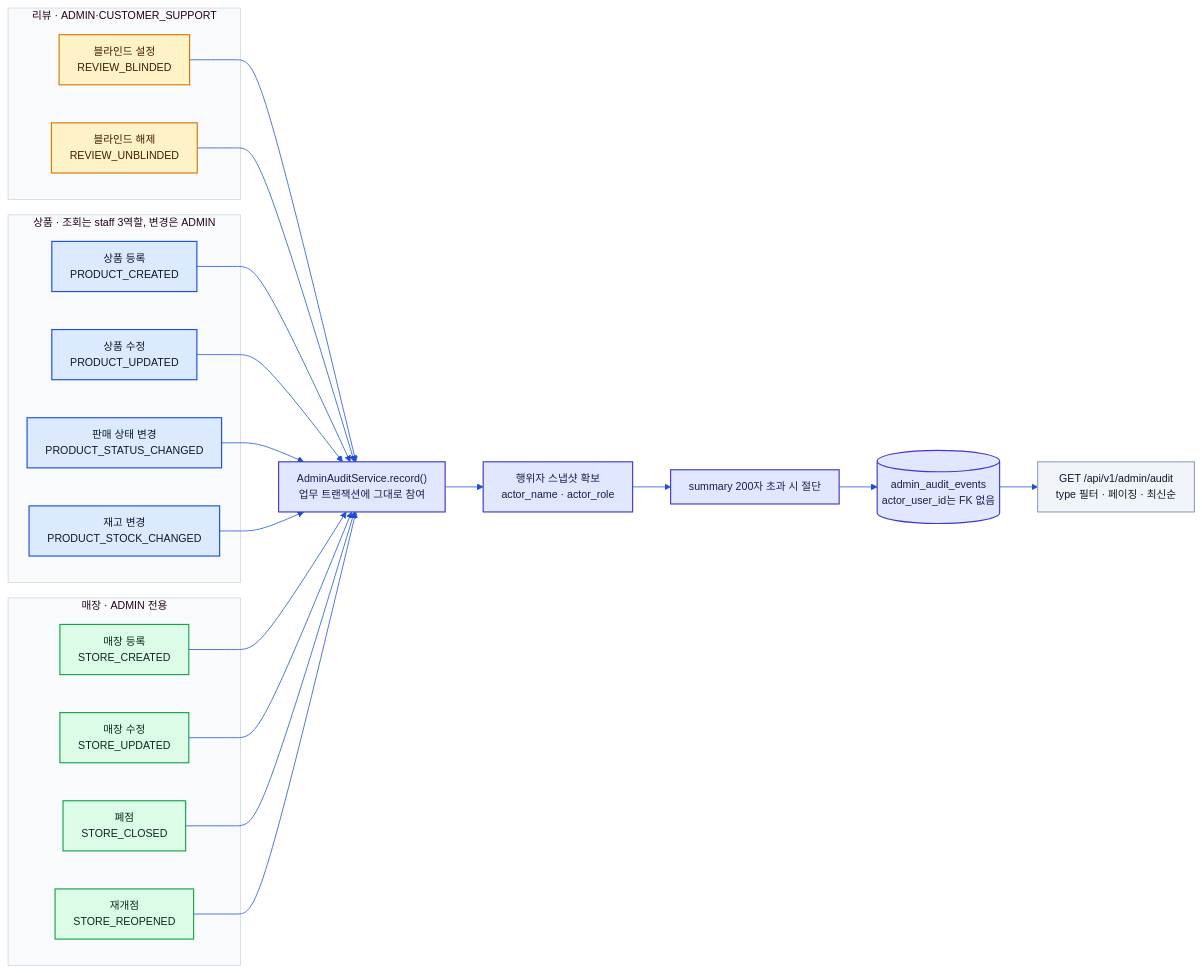
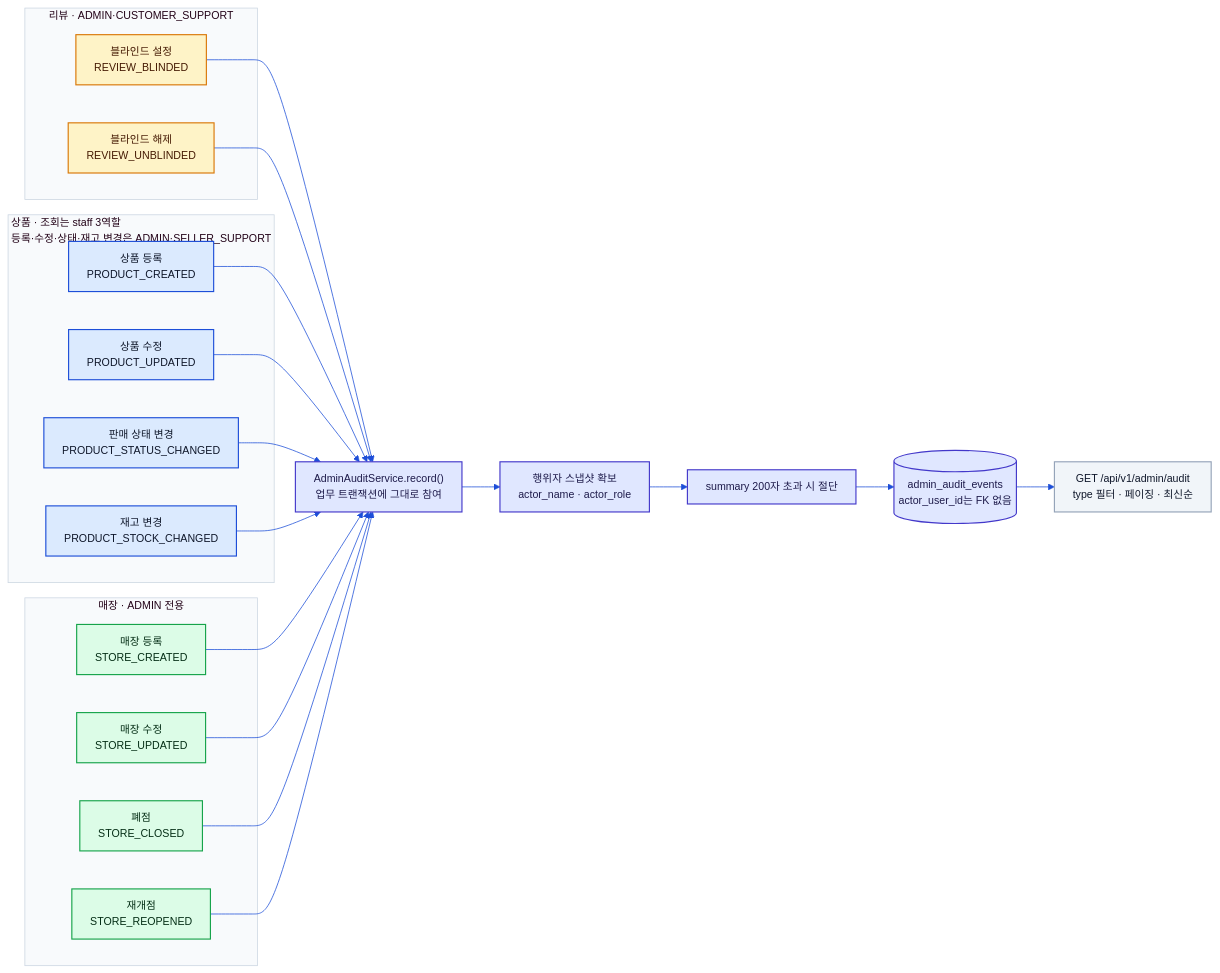
One commit to s-work-agency/ssw-e-commerce-demo-public changed the second of 5 diagrams in docs/architecture/06-ops-flows.md. Above: the diagram before and after it, drawn with Mermaid. The commit also changed other lines of this file and 18 other files, not shown here.

````diff
--- a/docs/architecture/06-ops-flows.md
+++ b/docs/architecture/06-ops-flows.md
@@ -63,51 +63,51 @@
 ```mermaid
 %%{init: {"theme":"base","fontFamily":"Pretendard, Malgun Gothic, sans-serif","themeVariables":{"fontSize":"14px","primaryColor":"#DBEAFE","primaryBorderColor":"#1D4ED8","primaryTextColor":"#0F172A","lineColor":"#1D4ED8","secondaryColor":"#FEF3C7","tertiaryColor":"#DCFCE7","clusterBkg":"#F8FAFC","clusterBorder":"#CBD5E1","noteBkgColor":"#FEF3C7","noteBorderColor":"#D97706","actorBkg":"#DBEAFE","actorBorder":"#1D4ED8","actorTextColor":"#0F172A","signalColor":"#1D4ED8","signalTextColor":"#0F172A","labelBoxBkgColor":"#DBEAFE","labelBoxBorderColor":"#1D4ED8","altSectionBkgColor":"#F8FAFC"},"flowchart":{"curve":"basis","htmlLabels":true,"padding":12}}}%%
 %% 공통 브랜드 테마 — architecture/*.md 전 다이어그램에 동일한 init 블록이 들어간다. 색을 바꿀 때는 이 폴더 전 파일을 일괄 치환할 것.
 flowchart LR
     subgraph rv["리뷰 · ADMIN·CUSTOMER_SUPPORT"]
         r1["블라인드 설정<br/>REVIEW_BLINDED"]
         r2["블라인드 해제<br/>REVIEW_UNBLINDED"]
     end
 
-    subgraph pd["상품 · 조회는 staff 3역할, 변경은 ADMIN"]
+    subgraph pd["상품 · 조회는 staff 3역할<br/>등록·수정·상태·재고 변경은 ADMIN·SELLER_SUPPORT"]
         p1["상품 등록<br/>PRODUCT_CREATED"]
         p2["상품 수정<br/>PRODUCT_UPDATED"]
         p3["판매 상태 변경<br/>PRODUCT_STATUS_CHANGED"]
         p4["재고 변경<br/>PRODUCT_STOCK_CHANGED"]
     end
 
     subgraph st["매장 · ADMIN 전용"]
         s1["매장 등록<br/>STORE_CREATED"]
         s2["매장 수정<br/>STORE_UPDATED"]
         s3["폐점<br/>STORE_CLOSED"]
         s4["재개점<br/>STORE_REOPENED"]
     end
 
     rec["AdminAuditService.record()<br/>업무 트랜잭션에 그대로 참여"]
     r1 --> rec
     r2 --> rec
     p1 --> rec
     p2 --> rec
     p3 --> rec
     p4 --> rec
     s1 --> rec
     s2 --> rec
     s3 --> rec
     s4 --> rec
 
     rec --> snap["행위자 스냅샷 확보<br/>actor_name · actor_role"]
     snap --> trim["summary 200자 초과 시 절단"]
     trim --> tbl[("admin_audit_events<br/>actor_user_id는 FK 없음")]
     tbl --> api["GET /api/v1/admin/audit<br/>type 필터 · 페이징 · 최신순"]
 
     classDef review fill:#FEF3C7,stroke:#D97706,stroke-width:1.5px,color:#451A03
     classDef product fill:#DBEAFE,stroke:#1D4ED8,stroke-width:1.5px,color:#0F172A
     classDef store fill:#DCFCE7,stroke:#16A34A,stroke-width:1.5px,color:#052E16
     classDef core fill:#E0E7FF,stroke:#4338CA,stroke-width:1.5px,color:#1E1B4B
     classDef ext fill:#F1F5F9,stroke:#94A3B8,stroke-width:1.5px,color:#0F172A
     class r1,r2 review
     class p1,p2,p3,p4 product
     class s1,s2,s3,s4 store
     class rec,snap,trim,tbl core
     class api ext
 ```
````
